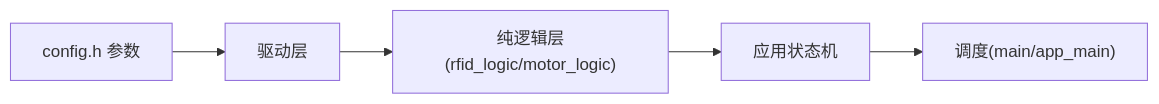
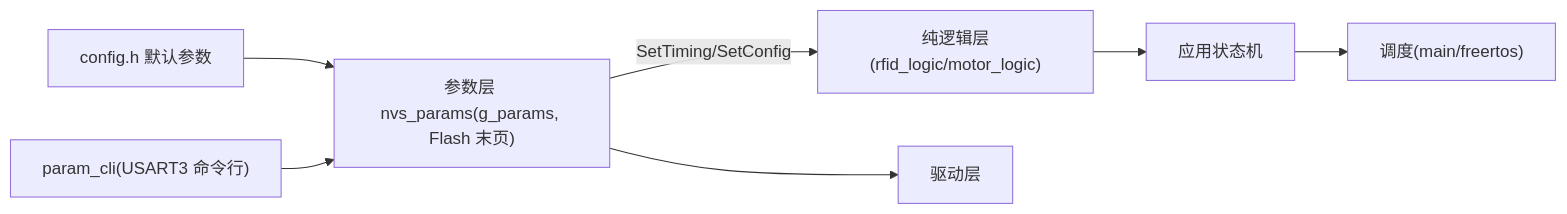
Before and after one commit to KNedwin/stm32-esp32-ai-test-car: the diagram in docs/知识库/stm32_rfid_tts_rtos/SUMMARY.md, drawn with Mermaid. The commit also changed other lines of this file and 205 other files, not shown here.

````diff
--- a/docs/知识库/stm32_rfid_tts_rtos/SUMMARY.md
+++ b/docs/知识库/stm32_rfid_tts_rtos/SUMMARY.md
@@ -27,7 +30,9 @@
 ```mermaid
 graph LR
-    C["config.h 参数"] --> D["驱动层"]
-    D --> L["纯逻辑层(rfid_logic/motor_logic)"]
+    C["config.h 默认参数"] --> P["参数层 nvs_params(g_params, Flash 末页)"]
+    CLI["param_cli(USART3 命令行)"] --> P
+    P -->|"SetTiming/SetConfig"| L["纯逻辑层(rfid_logic/motor_logic)"]
+    P --> D["驱动层"]
     L --> A["应用状态机"]
-    A --> M["调度(main/app_main)"]
+    A --> M["调度(main/freertos)"]
 ```
````
